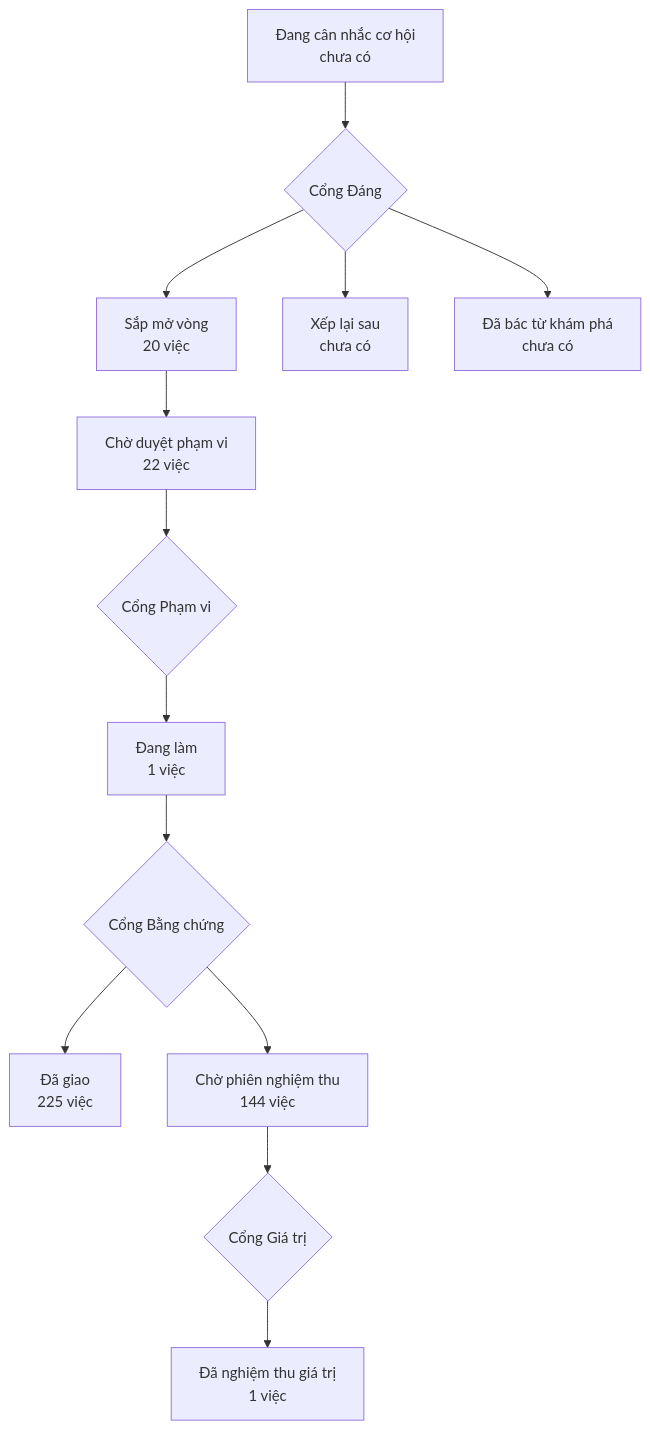
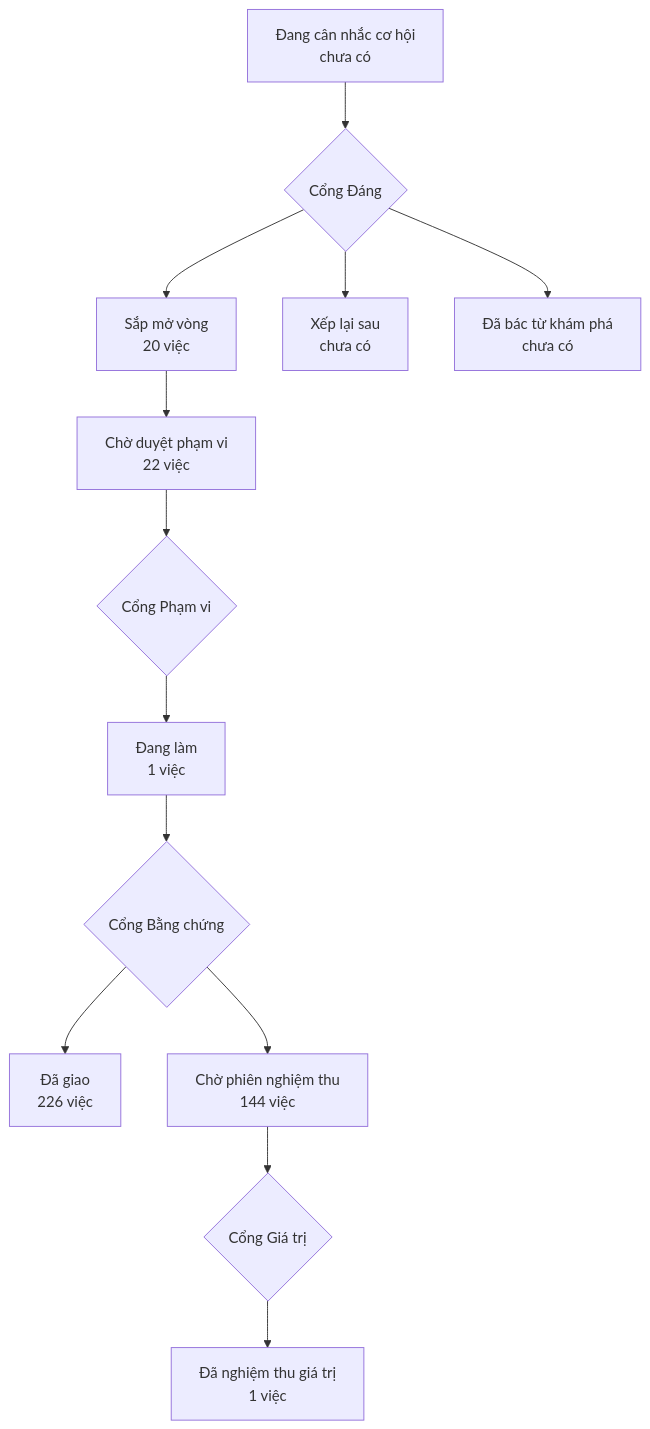
One commit to phanlemanh/onehub-invest changed the diagram in PRODUCT-MAP.md. Above: the diagram before and after it, drawn with Mermaid. The commit also changed other lines of this file and 1 other file, not shown here.

Commit message:
chore(acceptance): vẽ lại PRODUCT-MAP và LO-TRINH sau khi nhận main 4714329fe (db-chi-nghe-noi-bo-va-chinh-postgres)

````diff
--- a/PRODUCT-MAP.md
+++ b/PRODUCT-MAP.md
@@ -7,12 +7,12 @@
 ```mermaid
 flowchart TD
   A["Đang cân nhắc cơ hội<br/>chưa có"] --> GD{"Cổng Đáng"}
   GD --> B["Sắp mở vòng<br/>20 việc"]
   GD --> XL["Xếp lại sau<br/>chưa có"]
   GD --> DB["Đã bác từ khám phá<br/>chưa có"]
   B --> CD["Chờ duyệt phạm vi<br/>22 việc"] --> GP{"Cổng Phạm vi"}
   GP --> DL["Đang làm<br/>1 việc"] --> GB{"Cổng Bằng chứng"}
-  GB --> DG["Đã giao<br/>225 việc"]
+  GB --> DG["Đã giao<br/>226 việc"]
   GB --> CN["Chờ phiên nghiệm thu<br/>144 việc"] --> GG{"Cổng Giá trị"}
   GG --> NT["Đã nghiệm thu giá trị<br/>1 việc"]
 ```
````
